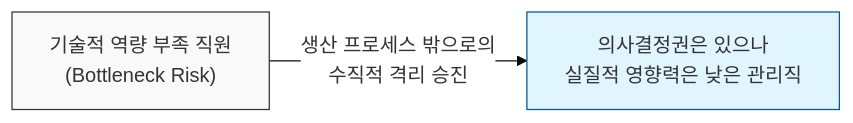
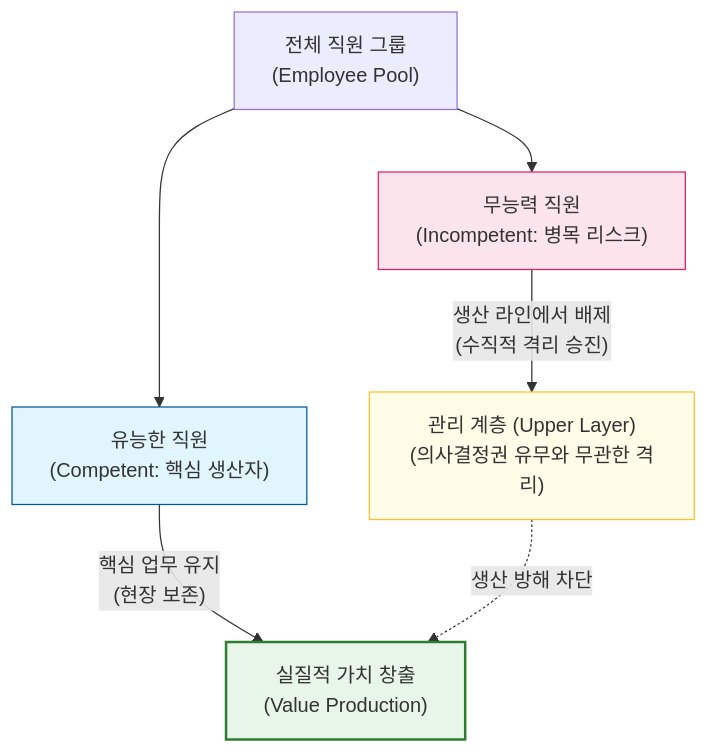
One commit to jeonck/ai-sw-engineering changed the second of 2 diagrams in docs/laws/dilbert-principle.md. Above: the diagram before and after it, drawn with Mermaid. The commit also changed other lines of this file and 29 other files, not shown here.

````diff
--- a/docs/laws/dilbert-principle.md
+++ b/docs/laws/dilbert-principle.md
@@ -29,7 +30,15 @@
 ```mermaid
-%%{init: { 'theme': 'base', 'themeVariables': { 'edgeLabelBackground': '#fff' }}}%%
-flowchart LR
-    A2["기술적 역량 부족 직원\n(Bottleneck Risk)"] -- "생산 프로세스 밖으로의\n수직적 격리 승진" --> B2["의사결정권은 있으나\n실질적 영향력은 낮은 관리직"]
-    style A2 fill:#f9f9f9,stroke:#333,stroke-width:1px
-    style B2 fill:#e1f5fe,stroke:#01579b,stroke-width:1px
+graph TD
+    Staff["전체 직원 그룹\n(Employee Pool)"] --> Incomp["무능력 직원\n(Incompetent: 병목 리스크)"]
+    Staff --> Comp["유능한 직원\n(Competent: 핵심 생산자)"]
+    
+    Incomp -- "생산 라인에서 배제\n(수직적 격리 승진)" --> Manager["관리 계층 (Upper Layer)\n(의사결정권 유무와 무관한 격리)"]
+    Comp -- "핵심 업무 유지\n(현장 보존)" --> Product["실질적 가치 창출\n(Value Production)"]
+    
+    Manager -. "생산 방해 차단" .-> Product
+    
+    style Incomp fill:#fce4ec,stroke:#e91e63,stroke-width:1px
+    style Comp fill:#e1f5fe,stroke:#01579b,stroke-width:1px
+    style Manager fill:#fffde7,stroke:#fbc02d,stroke-width:1px
+    style Product fill:#e8f5e9,stroke:#2e7d32,stroke-width:2px
 ```
````
